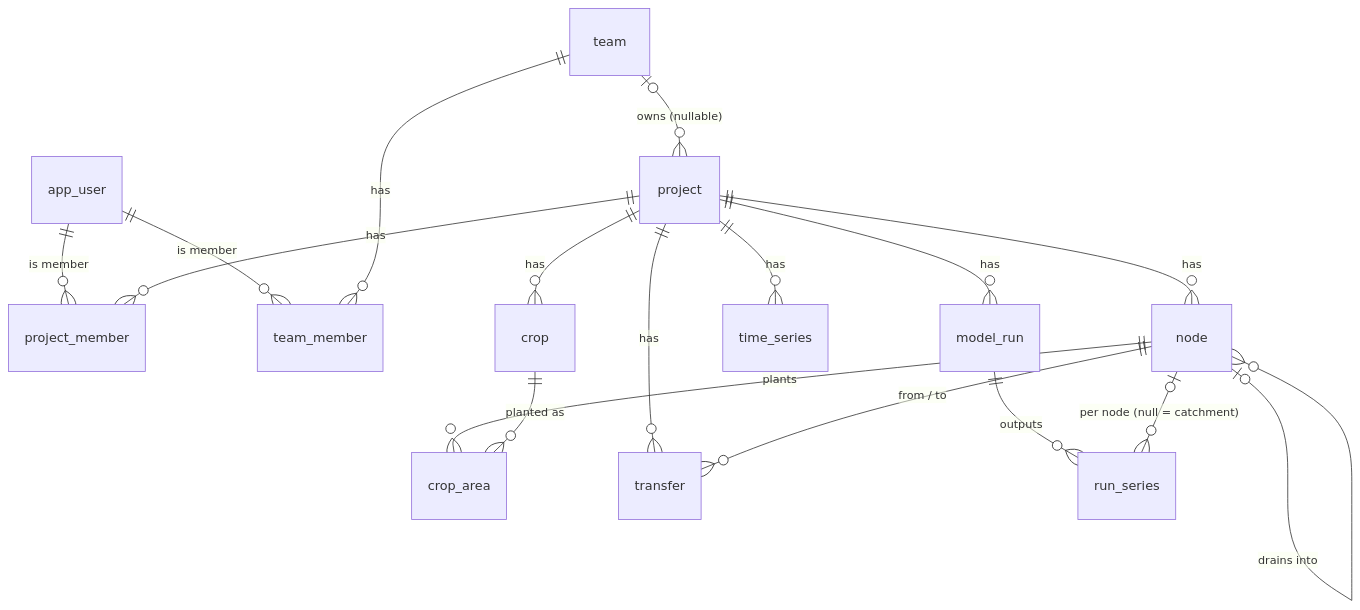
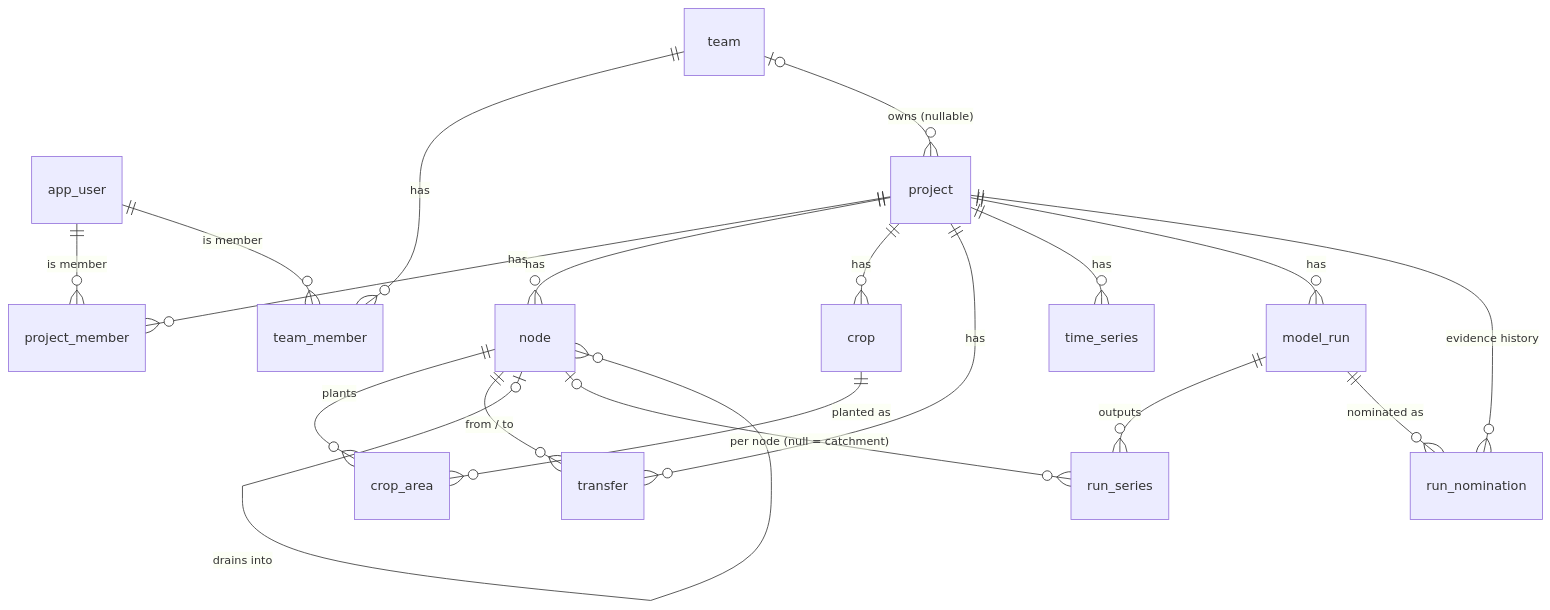
The diagram in docs/data-model.md (Absence0760/project-water-management), drawn with Mermaid before and after one commit. The commit also changed other lines of this file and 15 other files, not shown here.

Commit message:
feat(runs): nominated evidence run — append-only history (010), cap and delete exemption, compare and summary CSV carry it

````diff
--- a/docs/data-model.md
+++ b/docs/data-model.md
@@ -16,19 +16,21 @@
 ```mermaid
 erDiagram
   app_user ||--o{ project_member : "is member"
   app_user ||--o{ team_member : "is member"
   team     ||--o{ team_member : has
   team     |o--o{ project : "owns (nullable)"
   project  ||--o{ project_member : has
   project  ||--o{ node : has
   project  ||--o{ crop : has
   node     ||--o{ crop_area : plants
   crop     ||--o{ crop_area : "planted as"
   project  ||--o{ transfer : has
   node     ||--o{ transfer : "from / to"
   node     |o--o{ node : "drains into"
   project  ||--o{ time_series : has
   project  ||--o{ model_run : has
   model_run ||--o{ run_series : outputs
+  project  ||--o{ run_nomination : "evidence history"
+  model_run ||--o{ run_nomination : "nominated as"
   node     |o--o{ run_series : "per node (null = catchment)"
 ```
````
